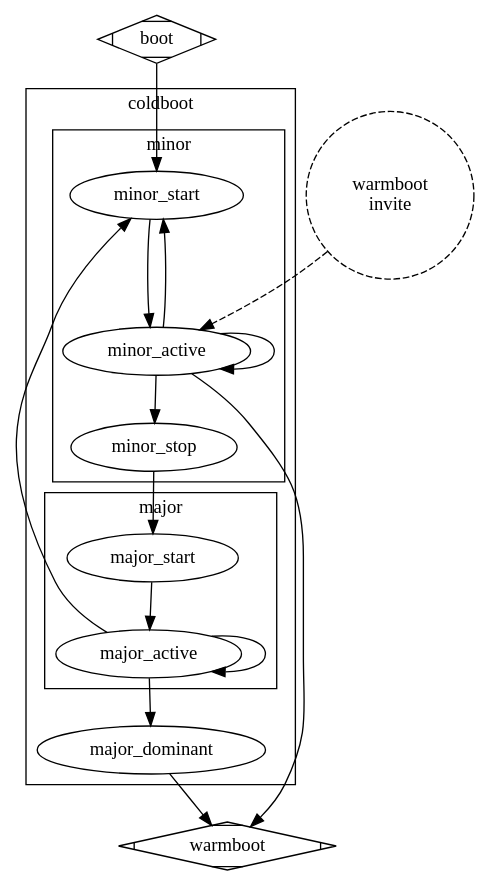
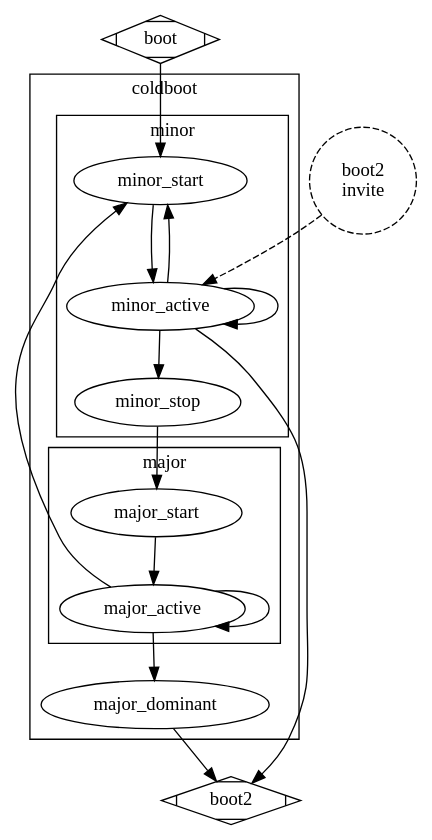
Before and after one commit to 8bitgeek/libezbus: the diagram in docs/coldboot.dot, drawn with Graphviz. The commit also changed 28 other files, not shown here.

```diff
--- a/docs/coldboot.dot
+++ b/docs/coldboot.dot
@@ -1,42 +1,42 @@
 digraph boot0 
 {
     boot [shape=Mdiamond];
     boot -> minor_start;
 
 
-    subgraph cluster_coldboot_minor 
+    subgraph cluster_boot0 
     {
         label = "coldboot";
 
-        subgraph cluster_coldboot_minor 
+        subgraph cluster_boot0 
         {
             label = "minor";
 
             minor_start -> minor_active;
             minor_active -> minor_active;
             minor_active -> minor_stop;
             minor_active -> minor_start;
         }
 
         subgraph cluster_coldboot
         {
             label = "major";
 
             major_start ->major_active;
             major_active -> major_active;
             major_active -> minor_start;
         }
 
         major_active -> major_dominant;
         minor_stop -> major_start;
     }
 
-    warmboot [shape=Mdiamond];
+    boot2 [shape=Mdiamond];
 
-    minor_active -> warmboot;
-    major_dominant -> warmboot
+    minor_active -> boot2;
+    major_dominant -> boot2
 
-    invite [shape=circle,style=dashed,label="warmboot\ninvite"];
+    invite [shape=circle,style=dashed,label="boot2\ninvite"];
     invite -> minor_active [style=dashed];
 
 }
```
